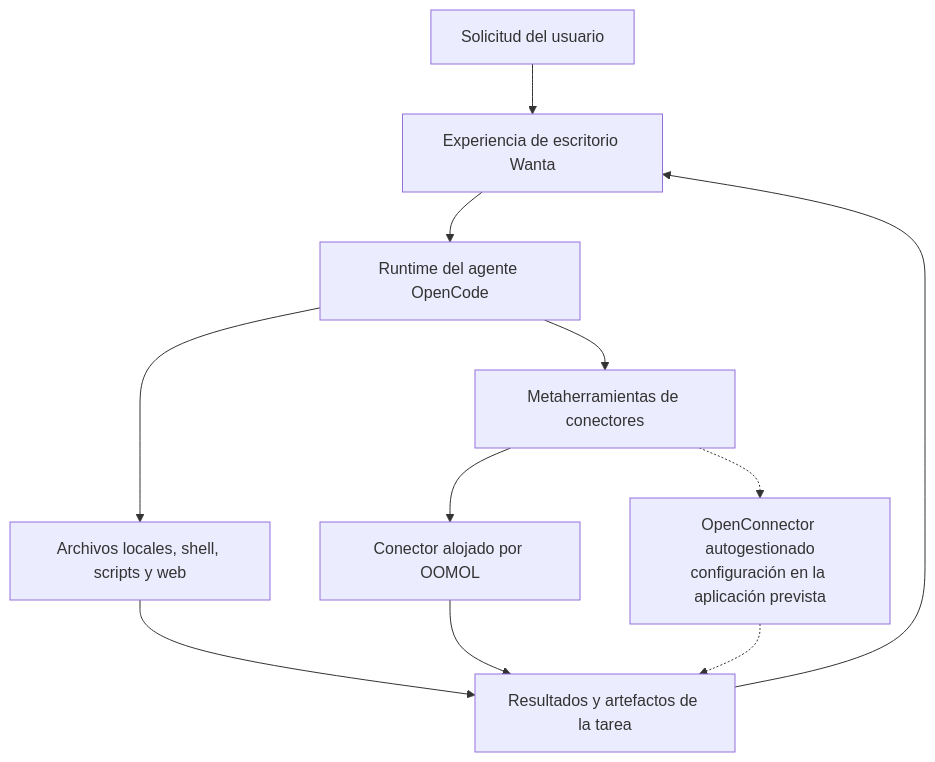
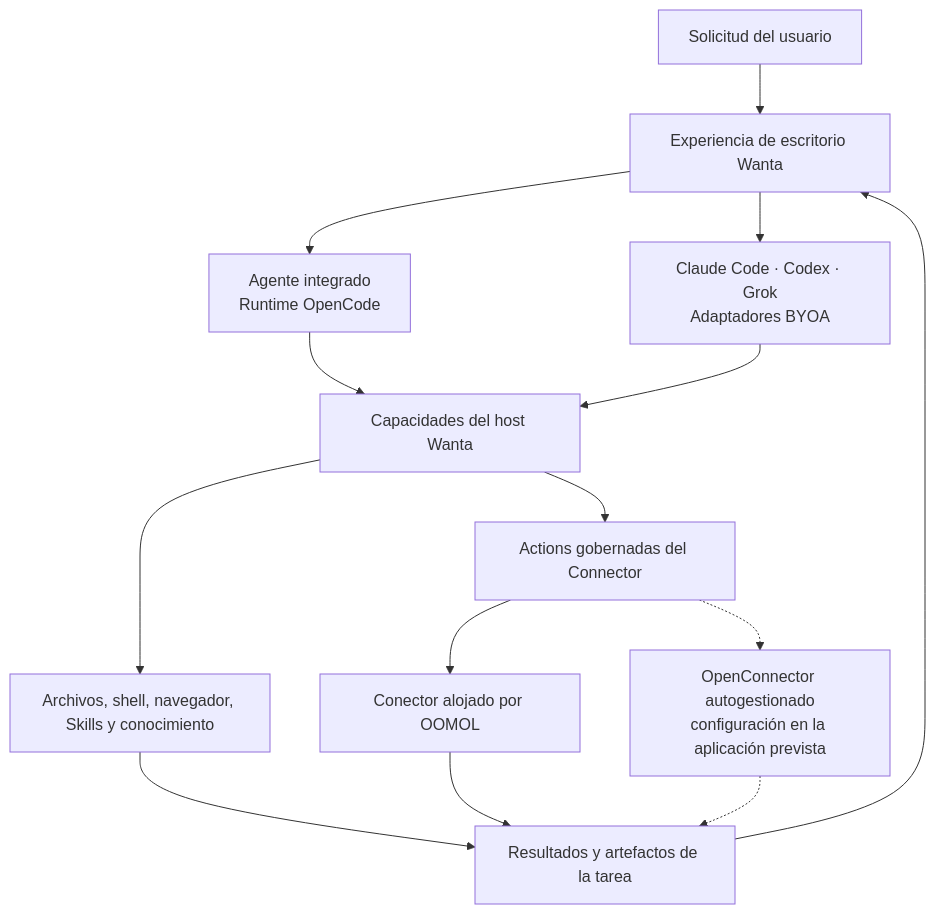
Before and after one commit to oomol-lab/wanta: the diagram in README.es.md, drawn with Mermaid. The commit also changed other lines of this file and 6 other files, not shown here.

First line of the commit message:
docs: highlight Wanta's open agent platform (#365)

````diff
--- a/README.es.md
+++ b/README.es.md
@@ -153,13 +211,16 @@
 ```mermaid
 flowchart TB
   User["Solicitud del usuario"] --> UI["Experiencia de escritorio Wanta"]
-  UI --> Agent["Runtime del agente OpenCode"]
-  Agent --> Local["Archivos locales, shell, scripts y web"]
-  Agent --> Link["Metaherramientas de conectores"]
+  UI --> BuiltIn["Agente integrado<br/>Runtime OpenCode"]
+  UI --> BYOA["Claude Code · Codex · Grok<br/>Adaptadores BYOA"]
+  BuiltIn --> Host["Capacidades del host Wanta"]
+  BYOA --> Host
+  Host --> Local["Archivos, shell, navegador, Skills y conocimiento"]
+  Host --> Link["Actions gobernadas del Connector"]
   Link --> Hosted["Conector alojado por OOMOL"]
   Link -.-> SelfHosted["OpenConnector autogestionado<br/>configuración en la aplicación prevista"]
   Local --> Result["Resultados y artefactos de la tarea"]
   Hosted --> Result
   SelfHosted -.-> Result
   Result --> UI
 ```
````
